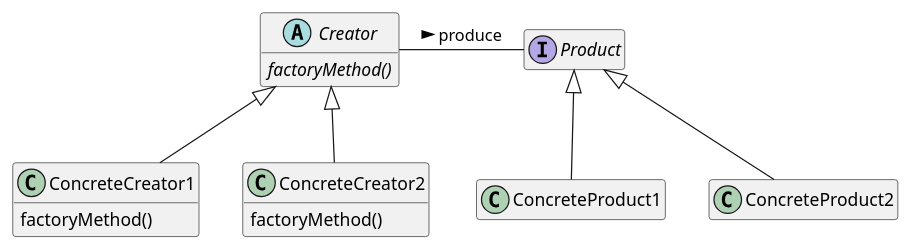
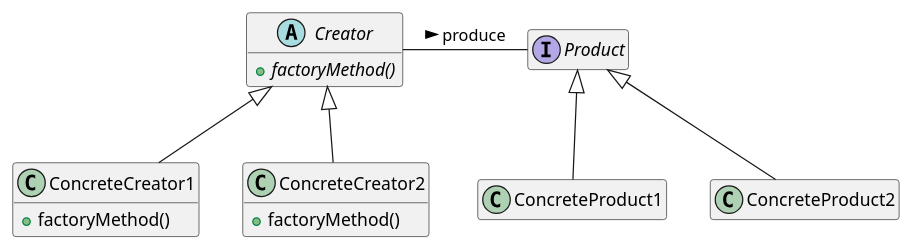
Before and after one commit to gama79530/DesignPattern: the diagram in FactoryMethodPattern/FactoryMethodPattern.puml, drawn with PlantUML. The commit also changed 17 other files, not shown here.

Commit message:
Refactor: refining factory method pattern code

```diff
--- a/FactoryMethodPattern/FactoryMethodPattern.puml
+++ b/FactoryMethodPattern/FactoryMethodPattern.puml
@@ -1,31 +1,31 @@
 @startuml FactoryMethodPattern
 hide empty members
 
 abstract class Creator{
-    {abstract}factoryMethod()
+    + {abstract} factoryMethod()
 }
 
 class ConcreteCreator1{
-    factoryMethod()
+    + factoryMethod()
 }
 
 class ConcreteCreator2{
-    factoryMethod()
+    + factoryMethod()
 }
 
 interface Product{
 }
 
 class ConcreteProduct1{
 }
 
 class ConcreteProduct2{
 }
 
 Creator <|-- ConcreteCreator1
 Creator <|-- ConcreteCreator2
 Product <|-- ConcreteProduct1
 Product <|-- ConcreteProduct2
 
 Creator - Product : > produce 
 @enduml
```
